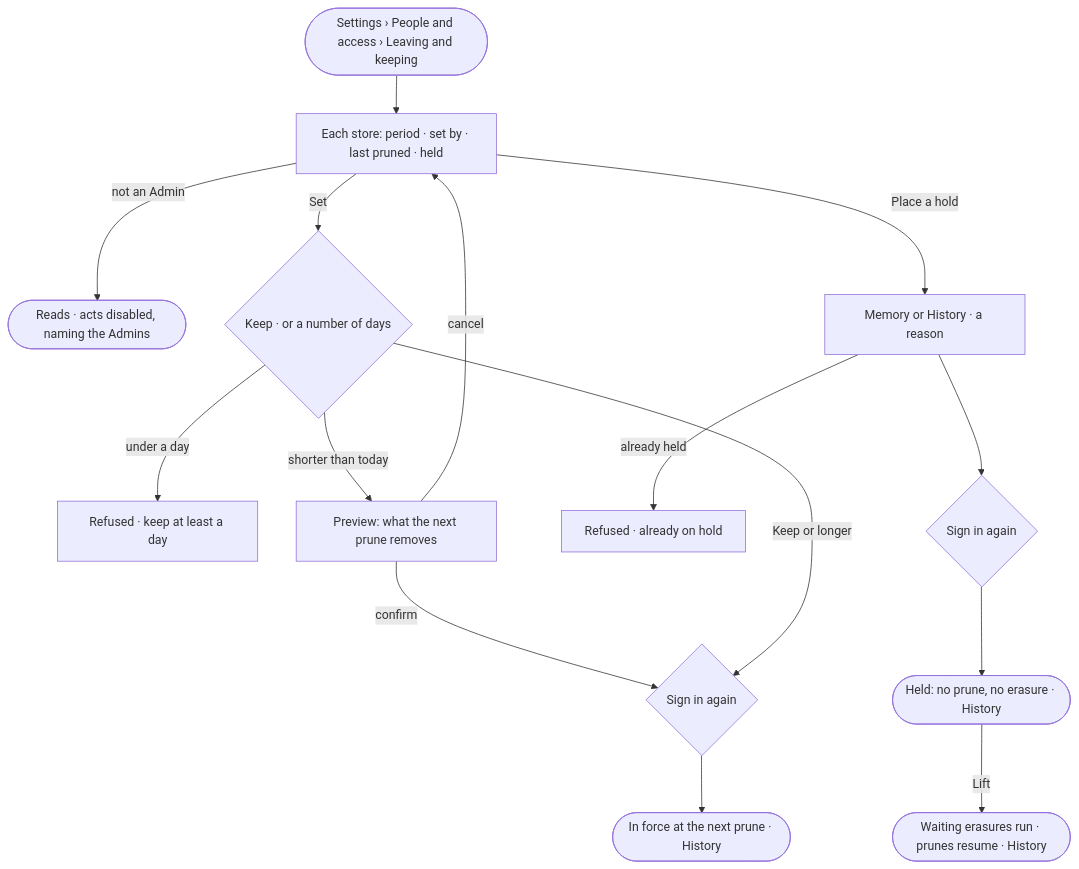
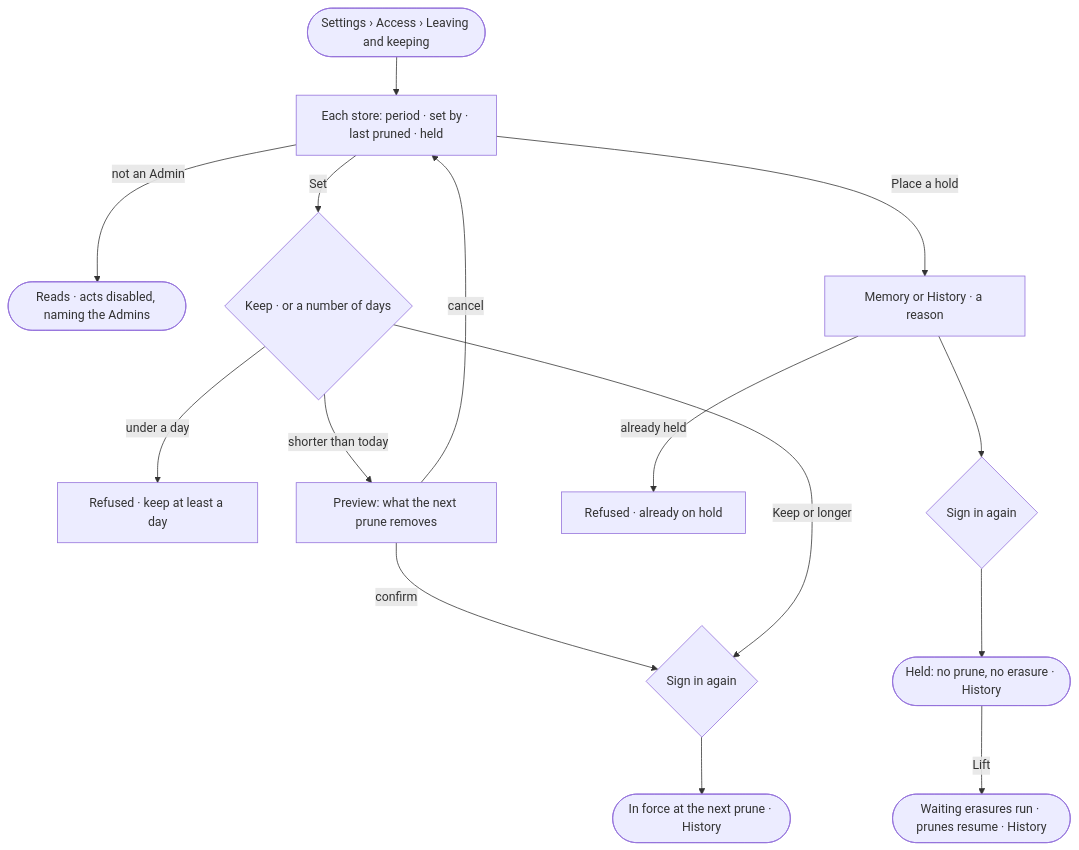
The diagram in specs/os/access/features/AC-F12-leaving-and-keeping/stories/AC-44-set-how-long-memory-and-history-are-kept-and-hold-them/story.md (invana/invana), drawn with Mermaid before and after one commit. The commit also changed 106 other files, not shown here.

````diff
--- a/specs/os/access/features/AC-F12-leaving-and-keeping/stories/AC-44-set-how-long-memory-and-history-are-kept-and-hold-them/story.md
+++ b/specs/os/access/features/AC-F12-leaving-and-keeping/stories/AC-44-set-how-long-memory-and-history-are-kept-and-hold-them/story.md
@@ -27,16 +27,16 @@
 ```mermaid
 flowchart TD
-  s([Settings › People and access › Leaving and keeping]) --> l["Each store: period · set by · last pruned · held"]
+  s([Settings › Access › Leaving and keeping]) --> l["Each store: period · set by · last pruned · held"]
   l -->|not an Admin| ro(["Reads · acts disabled, naming the Admins"])
   l -->|Set| p{"Keep · or a number of days"}
   p -->|under a day| r1["Refused · keep at least a day"]
   p -->|shorter than today| pv["Preview: what the next prune removes"]
   pv -->|cancel| l
   pv -->|confirm| pw{"Sign in again"}
   p -->|Keep or longer| pw
   pw --> ok(["In force at the next prune · History"])
   l -->|Place a hold| h["Memory or History · a reason"]
   h -->|already held| r2["Refused · already on hold"]
   h --> pw2{"Sign in again"} --> hd(["Held: no prune, no erasure · History"])
   hd -->|Lift| lf(["Waiting erasures run · prunes resume · History"])
 ```
````
